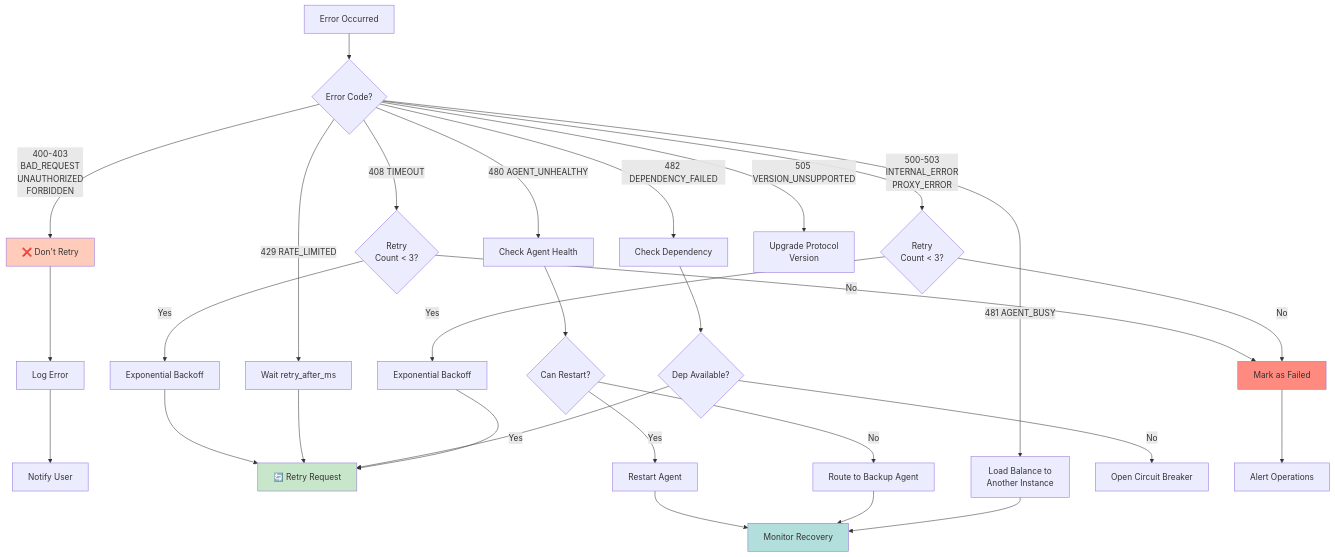
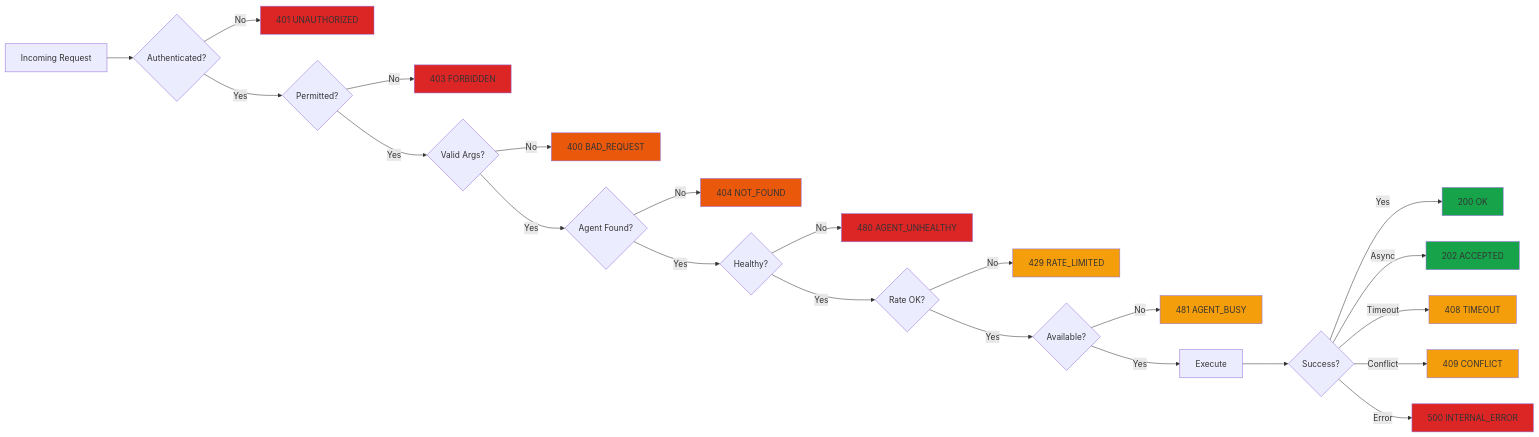
The second of 3 diagrams in docs/rfc/pap-rfc-001.md (VeriTeknik/PAP), drawn with Mermaid before and after one commit. The commit also changed other lines of this file and 2 other files, not shown here.

First paragraph of the commit message:
dd enhanced Mermaid diagrams throughout documentation
   Replaced and enhanced all major diagrams with improved visuals and better color schemes:

````diff
--- a/docs/rfc/pap-rfc-001.md
+++ b/docs/rfc/pap-rfc-001.md
@@ -200,45 +200,46 @@
 ```mermaid
-flowchart TD
-    Error[Error Occurred] --> Code{Error Code?}
+graph LR
+    Request[Incoming Request]
 
-    Code -->|400-403<br/>BAD_REQUEST<br/>UNAUTHORIZED<br/>FORBIDDEN| NoRetry[❌ Don't Retry]
-    NoRetry --> Log1[Log Error]
-    Log1 --> Notify[Notify User]
+    Request --> Auth{Authenticated?}
+    Auth -->|No| 401[401 UNAUTHORIZED]
+    Auth -->|Yes| Perm{Permitted?}
 
-    Code -->|408 TIMEOUT| Retry1{Retry<br/>Count < 3?}
-    Retry1 -->|Yes| Backoff1[Exponential Backoff]
-    Backoff1 --> Retry[🔄 Retry Request]
-    Retry1 -->|No| Fail[Mark as Failed]
+    Perm -->|No| 403[403 FORBIDDEN]
+    Perm -->|Yes| Valid{Valid Args?}
 
-    Code -->|429 RATE_LIMITED| Wait[Wait retry_after_ms]
-    Wait --> Retry
+    Valid -->|No| 400[400 BAD_REQUEST]
+    Valid -->|Yes| Found{Agent Found?}
 
-    Code -->|480 AGENT_UNHEALTHY| CheckHealth[Check Agent Health]
-    CheckHealth --> Restart{Can Restart?}
-    Restart -->|Yes| RestartAgent[Restart Agent]
-    Restart -->|No| Reroute[Route to Backup Agent]
+    Found -->|No| 404[404 NOT_FOUND]
+    Found -->|Yes| Health{Healthy?}
 
-    Code -->|481 AGENT_BUSY| LoadBalance[Load Balance to<br/>Another Instance]
+    Health -->|No| 480[480 AGENT_UNHEALTHY]
+    Health -->|Yes| Rate{Rate OK?}
 
-    Code -->|482 DEPENDENCY_FAILED| CheckDep[Check Dependency]
-    CheckDep --> DepOK{Dep Available?}
-    DepOK -->|Yes| Retry
-    DepOK -->|No| Circuit[Open Circuit Breaker]
+    Rate -->|No| 429[429 RATE_LIMITED]
+    Rate -->|Yes| Busy{Available?}
 
-    Code -->|500-503<br/>INTERNAL_ERROR<br/>PROXY_ERROR| Retry2{Retry<br/>Count < 3?}
-    Retry2 -->|Yes| Backoff2[Exponential Backoff]
-    Backoff2 --> Retry
-    Retry2 -->|No| Fail
+    Busy -->|No| 481[481 AGENT_BUSY]
+    Busy -->|Yes| Exec[Execute]
 
-    Code -->|505 VERSION_UNSUPPORTED| Upgrade[Upgrade Protocol<br/>Version]
+    Exec --> Success{Success?}
+    Success -->|Yes| 200[200 OK]
+    Success -->|Async| 202[202 ACCEPTED]
+    Success -->|Timeout| 408[408 TIMEOUT]
+    Success -->|Conflict| 409[409 CONFLICT]
+    Success -->|Error| 500[500 INTERNAL_ERROR]
 
-    RestartAgent --> Monitor[Monitor Recovery]
-    Reroute --> Monitor
-    LoadBalance --> Monitor
-    Fail --> Alert[Alert Operations]
-
-    style NoRetry fill:#ffccbc
-    style Retry fill:#c8e6c9
-    style Fail fill:#ff8a80
-    style Monitor fill:#b2dfdb
+    style 401 fill:#dc2626
+    style 403 fill:#dc2626
+    style 400 fill:#ea580c
+    style 404 fill:#ea580c
+    style 480 fill:#dc2626
+    style 429 fill:#f59e0b
+    style 481 fill:#f59e0b
+    style 408 fill:#f59e0b
+    style 409 fill:#f59e0b
+    style 500 fill:#dc2626
+    style 200 fill:#16a34a
+    style 202 fill:#16a34a
 ```
````
